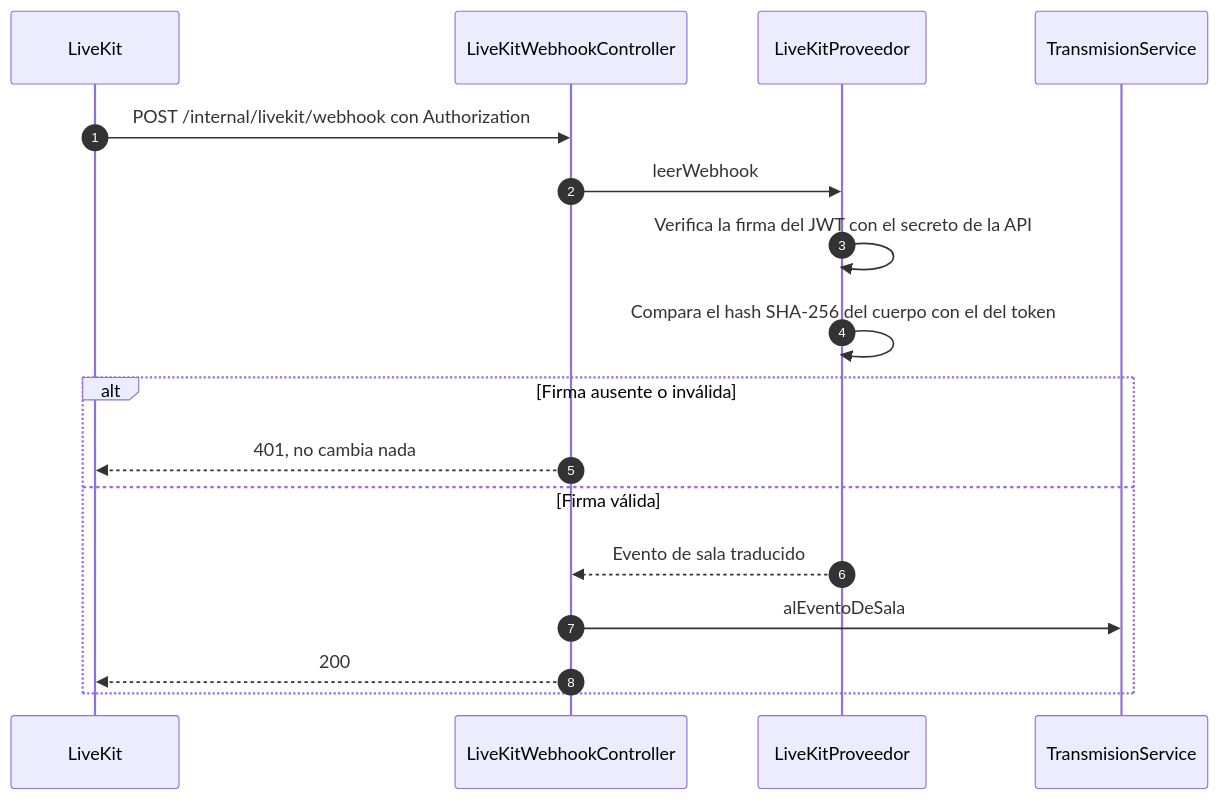
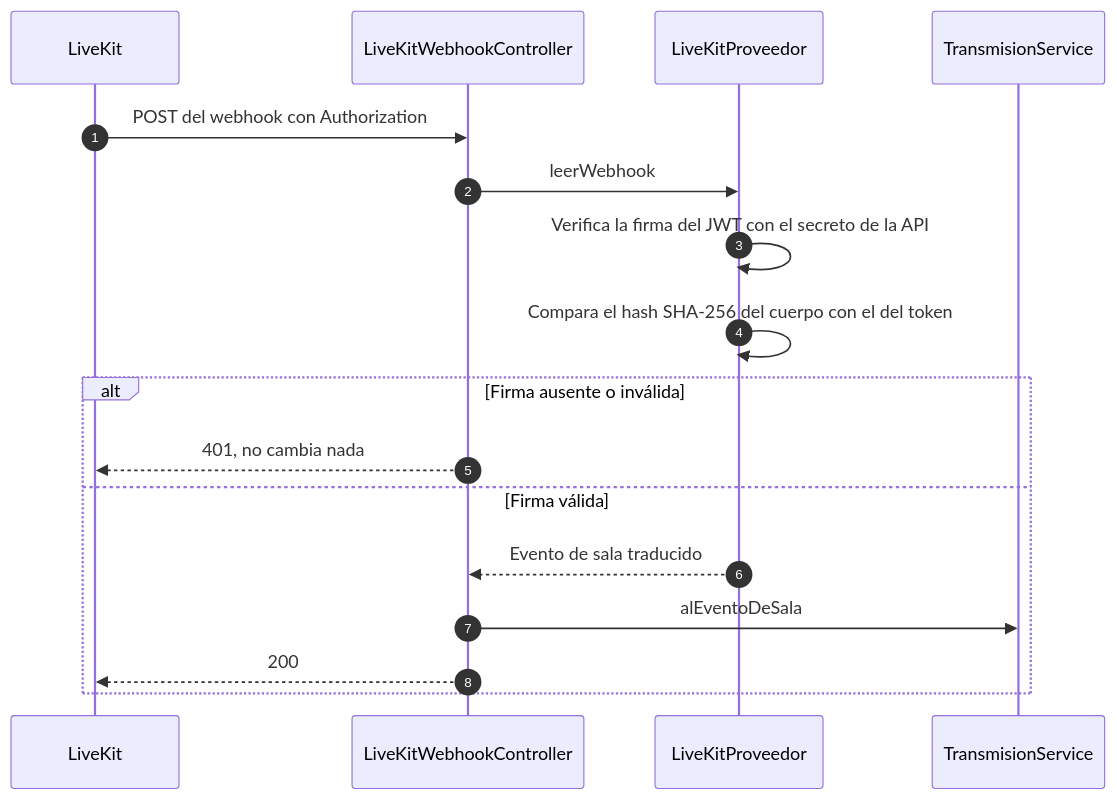
Before and after one commit to CafeOrbe/cafeorbe-streaming-service: the sixth of 8 diagrams in README.md, drawn with Mermaid. The commit also changed other lines of this file, not shown here.

Commit message:
docs: webhook por el gateway y riesgos de despliegue

````diff
--- a/README.md
+++ b/README.md
@@ -210,20 +210,20 @@
 ```mermaid
 sequenceDiagram
     autonumber
     participant LK as LiveKit
     participant WH as LiveKitWebhookController
     participant PV as LiveKitProveedor
     participant TS as TransmisionService
 
-    LK->>WH: POST /internal/livekit/webhook con Authorization
+    LK->>WH: POST del webhook con Authorization
     WH->>PV: leerWebhook
     PV->>PV: Verifica la firma del JWT con el secreto de la API
     PV->>PV: Compara el hash SHA-256 del cuerpo con el del token
     alt Firma ausente o inválida
         WH-->>LK: 401, no cambia nada
     else Firma válida
         PV-->>WH: Evento de sala traducido
         WH->>TS: alEventoDeSala
         WH-->>LK: 200
     end
 ```
````
